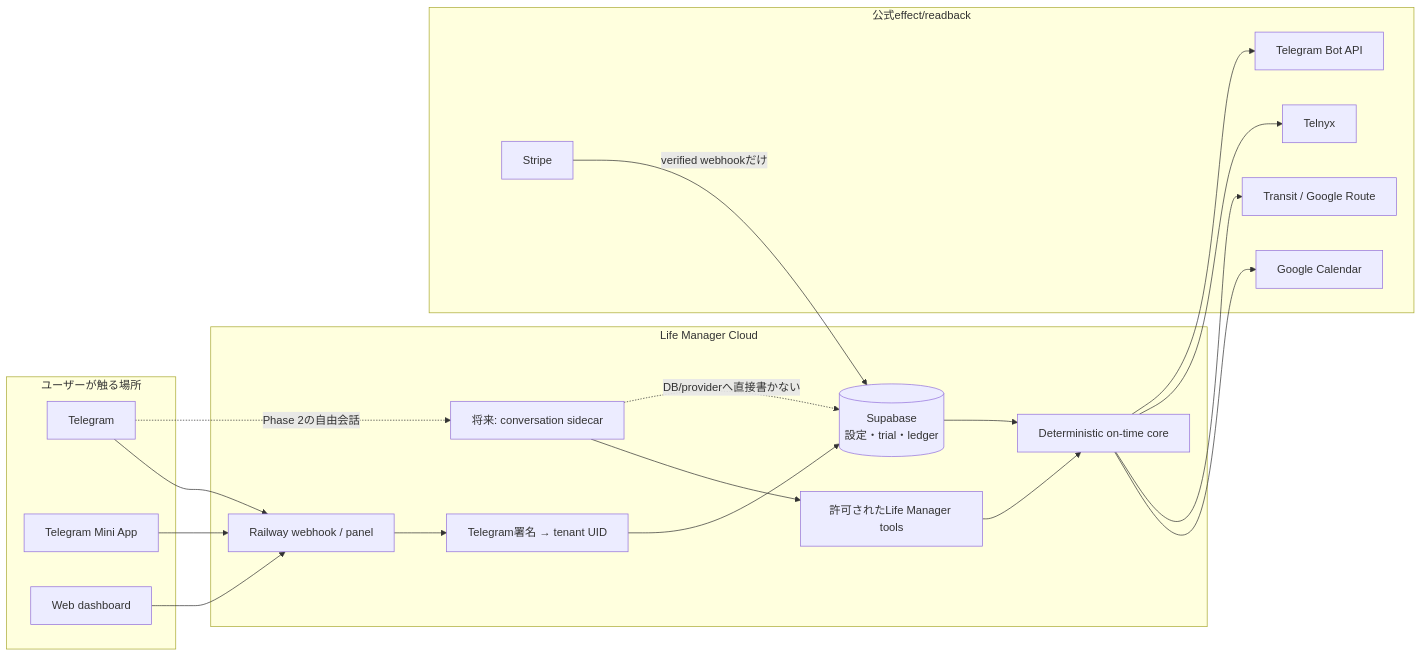
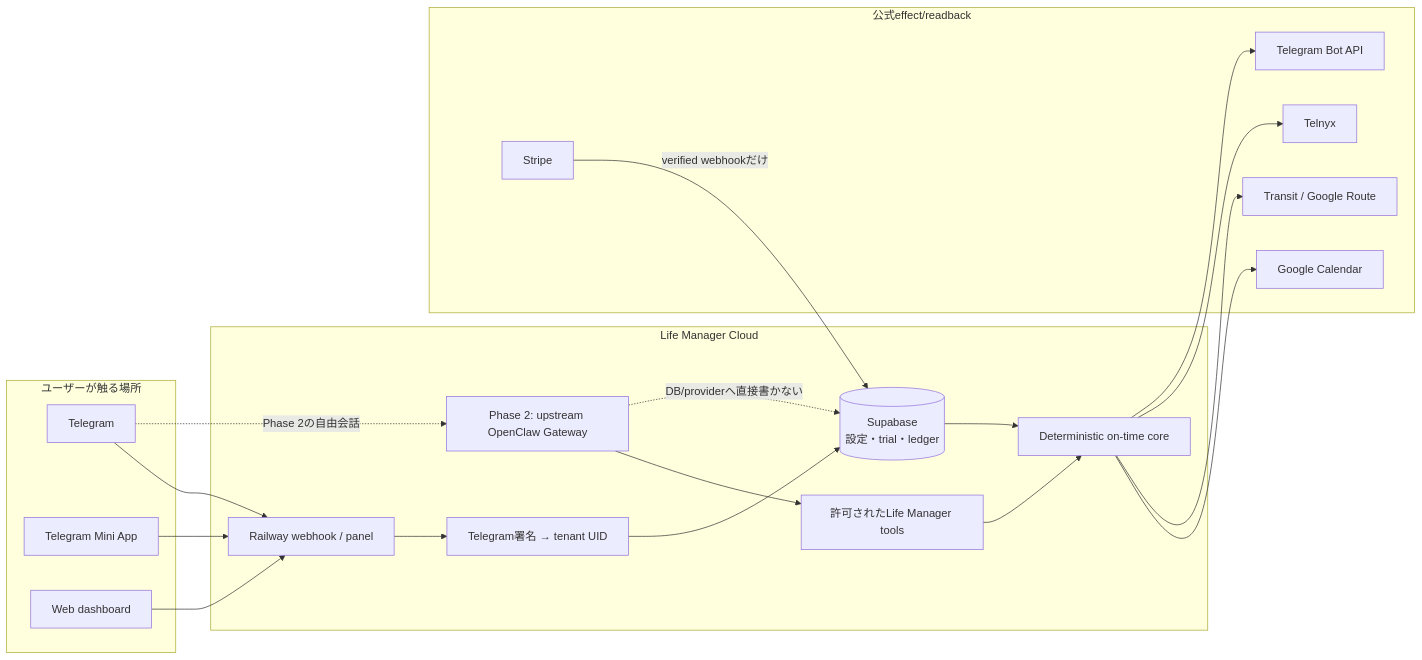
One commit to Daisuke134/anicca changed the third of 11 diagrams in docs/superpowers/specs/2026-08-28-life-manager-cloud-telegram-product-ux-design.md. Above: the diagram before and after it, drawn with Mermaid. The commit also changed other lines of this file and 1 other file, not shown here.

Commit message:
docs(life-manager): standardize on upstream OpenClaw

````diff
--- a/docs/superpowers/specs/2026-08-28-life-manager-cloud-telegram-product-ux-design.md
+++ b/docs/superpowers/specs/2026-08-28-life-manager-cloud-telegram-product-ux-design.md
@@ -155,39 +155,39 @@
 ```mermaid
 flowchart LR
   subgraph CHANNELS[ユーザーが触る場所]
     TG[Telegram]
     MINI[Telegram Mini App]
     WEB[Web dashboard]
   end
 
   subgraph CLOUD[Life Manager Cloud]
     EDGE[Railway webhook / panel]
     ID[Telegram署名 → tenant UID]
     DB[(Supabase\n設定・trial・ledger)]
     CORE[Deterministic on-time core]
-    CHAT[将来: conversation sidecar]
+    CHAT[Phase 2: upstream OpenClaw Gateway]
     TOOLS[許可されたLife Manager tools]
   end
 
   subgraph PROVIDERS[公式effect/readback]
     GC[Google Calendar]
     ROUTE[Transit / Google Route]
     TX[Telnyx]
     API[Telegram Bot API]
     STRIPE[Stripe]
   end
 
   TG --> EDGE
   MINI --> EDGE
   WEB --> EDGE
   EDGE --> ID --> DB
   DB --> CORE
   CORE --> GC
   CORE --> ROUTE
   CORE --> TX
   CORE --> API
   STRIPE -->|verified webhookだけ| DB
   TG -. Phase 2の自由会話 .-> CHAT
   CHAT --> TOOLS --> CORE
   CHAT -. DB/providerへ直接書かない .-> DB
 ```
````
